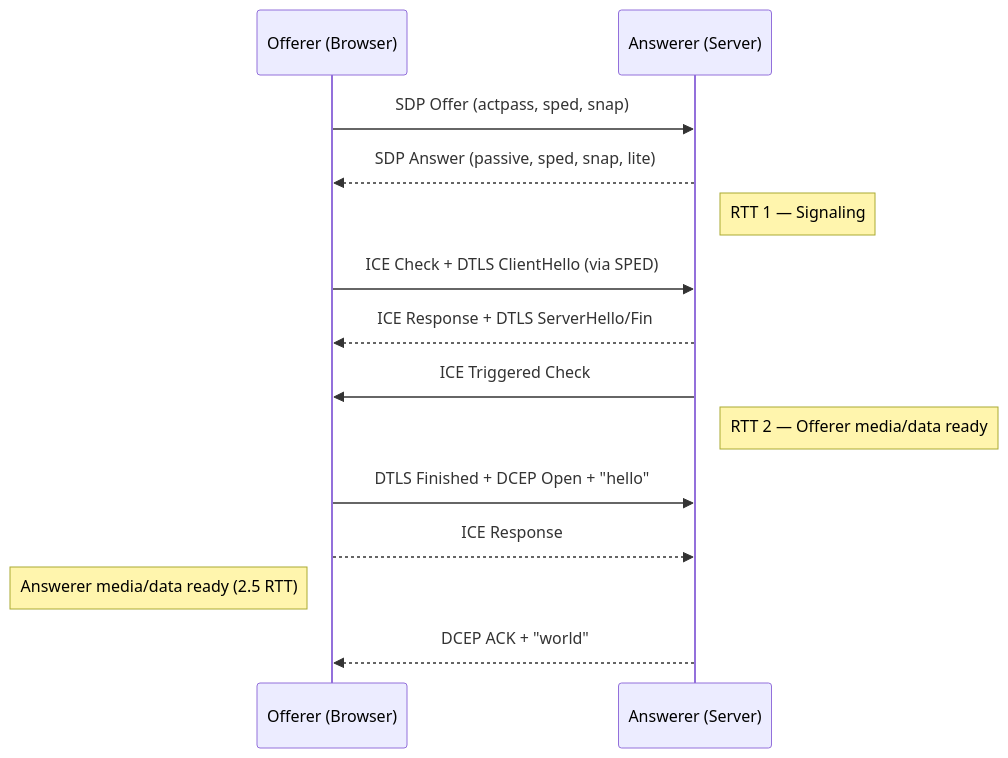
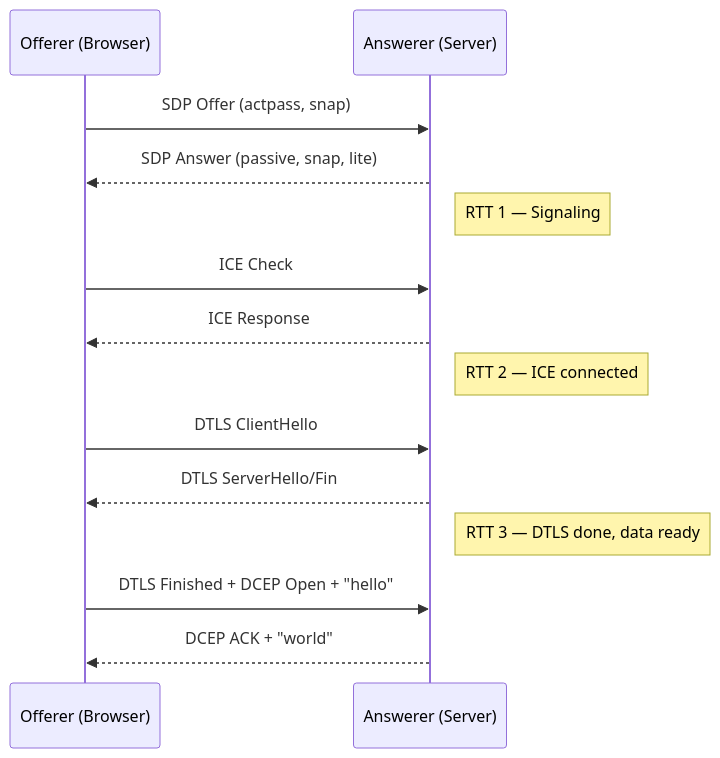
One commit to xnorpx/str0m_browser_integration_tests changed the sixth of 10 diagrams in README.md. Above: the diagram before and after it, drawn with Mermaid. The commit also changed other lines of this file and 13 other files, not shown here.

````diff
--- a/README.md
+++ b/README.md
@@ -210,20 +209,20 @@
 ```mermaid
 sequenceDiagram
     participant O as Offerer (Browser)
     participant A as Answerer (Server)
 
-    O->>A: SDP Offer (actpass, sped, snap)
-    A-->>O: SDP Answer (passive, sped, snap, lite)
+    O->>A: SDP Offer (actpass, snap)
+    A-->>O: SDP Answer (passive, snap, lite)
     Note right of A: RTT 1 — Signaling
 
-    O->>A: ICE Check + DTLS ClientHello (via SPED)
-    A-->>O: ICE Response + DTLS ServerHello/Fin
-    A->>O: ICE Triggered Check
-    Note right of A: RTT 2 — Offerer media/data ready
+    O->>A: ICE Check
+    A-->>O: ICE Response
+    Note right of A: RTT 2 — ICE connected
+
+    O->>A: DTLS ClientHello
+    A-->>O: DTLS ServerHello/Fin
+    Note right of A: RTT 3 — DTLS done, data ready
 
     O->>A: DTLS Finished + DCEP Open + "hello"
-    O-->>A: ICE Response
-    Note left of O: Answerer media/data ready (2.5 RTT)
-
     A-->>O: DCEP ACK + "world"
 ```
````
